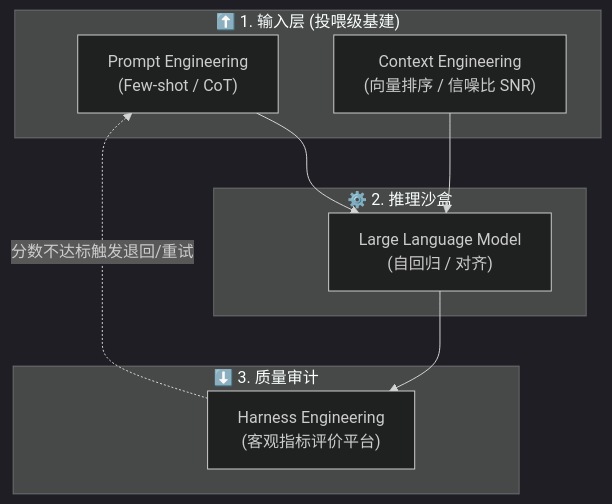
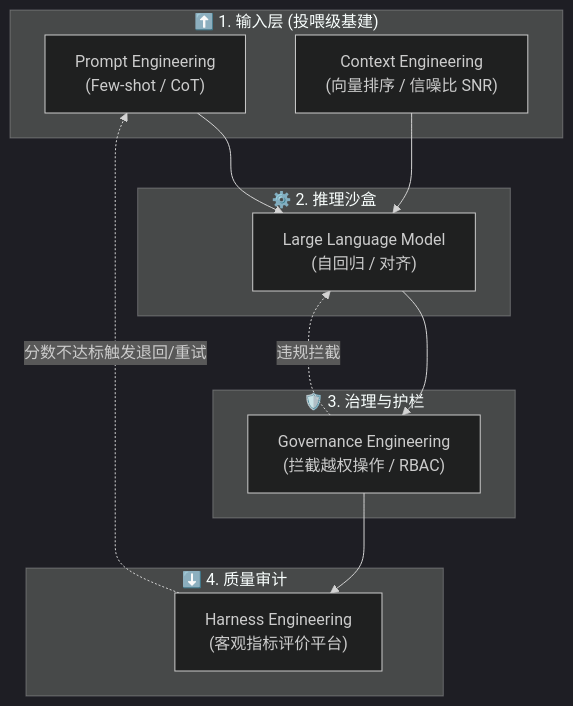
One commit to wangchong2023/lang-chain-graph changed the ninth of 15 diagrams in doc/AI_Knowledge_Roadmap.md. Above: the diagram before and after it, drawn with Mermaid (dark theme). The commit also changed other lines of this file and 1 other file, not shown here.

Commit message:
docs: update AI knowledge roadmap and remove system metadata files

````diff
--- a/doc/AI_Knowledge_Roadmap.md
+++ b/doc/AI_Knowledge_Roadmap.md
@@ -283,20 +425,26 @@
    ```mermaid
    graph TD
        subgraph 1_输入约束 ["⬆️ 1. 输入层 (投喂级基建)"]
            PE["Prompt Engineering<br>(Few-shot / CoT)"]
            CE["Context Engineering<br>(向量排序 / 信噪比 SNR)"]
        end
        
        subgraph 2_推理内核 ["⚙️ 2. 推理沙盒"]
            LLM["Large Language Model<br>(自回归 / 对齐)"]
        end
+
+       subgraph 3_安全拦截 ["🛡️ 3. 治理与护栏"]
+           GE["Governance Engineering<br>(拦截越权操作 / RBAC)"]
+       end
        
-       subgraph 3_验收拦截 ["⬇️ 3. 质量审计"]
+       subgraph 4_验收审计 ["⬇️ 4. 质量审计"]
            HE["Harness Engineering<br>(客观指标评价平台)"]
        end
 
        PE --> LLM
        CE --> LLM
-       LLM --> HE
+       LLM --> GE
+       GE -. "违规拦截" .-> LLM
+       GE --> HE
        HE -. "分数不达标触发退回/重试" .-> PE
    ```
````
